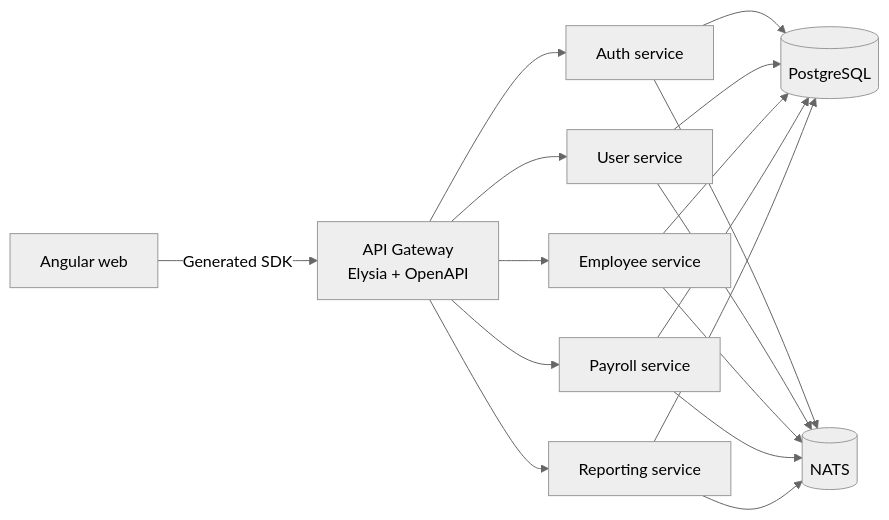
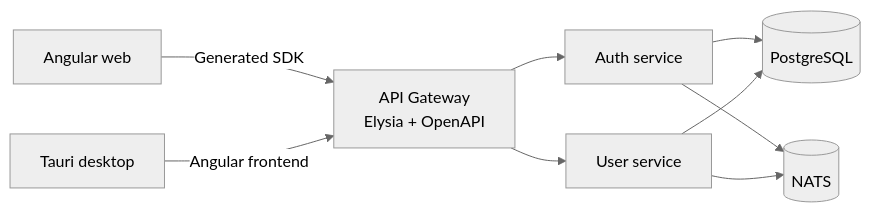
One commit to ojiepermana/monobungsya changed the diagram in README.md. Above: the diagram before and after it, drawn with Mermaid (neutral theme). The commit also changed other lines of this file and 166 other files, not shown here.

````diff
--- a/README.md
+++ b/README.md
@@ -7,29 +7,19 @@
 ```mermaid
 flowchart LR
   web[Angular web]
+  desktop[Tauri desktop]
   gateway[API Gateway\nElysia + OpenAPI]
   auth[Auth service]
   user[User service]
-  employee[Employee service]
-  payroll[Payroll service]
-  reporting[Reporting service]
   postgres[(PostgreSQL)]
   nats[(NATS)]
 
   web -->|Generated SDK| gateway
+  desktop -->|Angular frontend| gateway
   gateway --> auth
   gateway --> user
-  gateway --> employee
-  gateway --> payroll
-  gateway --> reporting
   auth --> postgres
   user --> postgres
-  employee --> postgres
-  payroll --> postgres
-  reporting --> postgres
   auth --> nats
   user --> nats
-  employee --> nats
-  payroll --> nats
-  reporting --> nats
 ```
````
